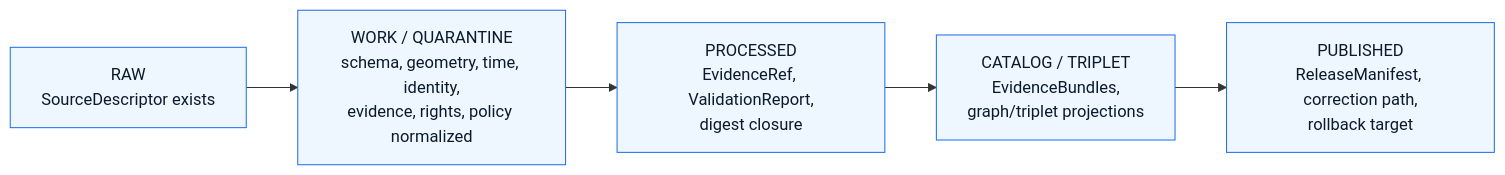
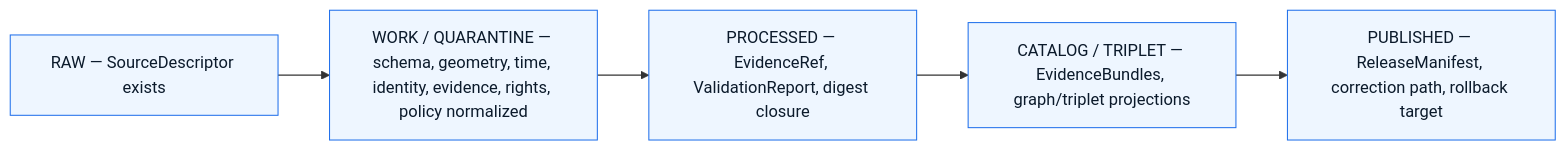
One commit to bartytime4life/Kansas-Frontier-Matrix changed the diagram in docs/domains/roads-rail-trade/sublanes/roads.md. Above: the diagram before and after it, drawn with Mermaid. The commit also changed other lines of this file, not shown here.

````diff
--- a/docs/domains/roads-rail-trade/sublanes/roads.md
+++ b/docs/domains/roads-rail-trade/sublanes/roads.md
@@ -228,12 +233,11 @@
 ```mermaid
 flowchart LR
-  RAW["RAW<br/>SourceDescriptor exists"]
-  WORKQ["WORK / QUARANTINE<br/>schema, geometry, time, identity,<br/>evidence, rights, policy normalized"]
-  PROC["PROCESSED<br/>EvidenceRef, ValidationReport,<br/>digest closure"]
-  CATTR["CATALOG / TRIPLET<br/>EvidenceBundles,<br/>graph/triplet projections"]
-  PUB["PUBLISHED<br/>ReleaseManifest, correction path,<br/>rollback target"]
+  RAW["RAW — SourceDescriptor exists"]
+  WORKQ["WORK / QUARANTINE — schema, geometry, time, identity, evidence, rights, policy normalized"]
+  PROC["PROCESSED — EvidenceRef, ValidationReport, digest closure"]
+  CATTR["CATALOG / TRIPLET — EvidenceBundles, graph/triplet projections"]
+  PUB["PUBLISHED — ReleaseManifest, correction path, rollback target"]
   RAW --> WORKQ --> PROC --> CATTR --> PUB
-
   classDef gov fill:#eef6ff,stroke:#1f6feb,color:#0b1a2b;
   class RAW,WORKQ,PROC,CATTR,PUB gov;
 ```
````
